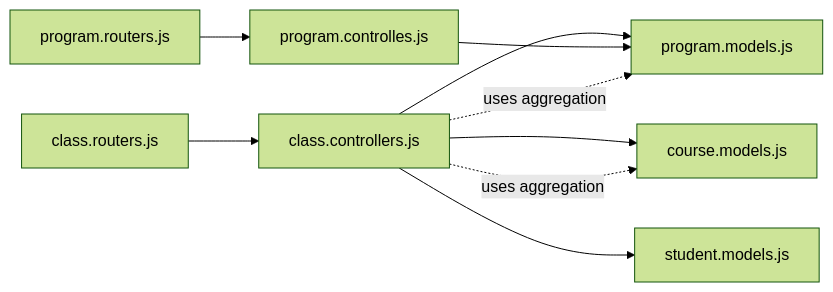
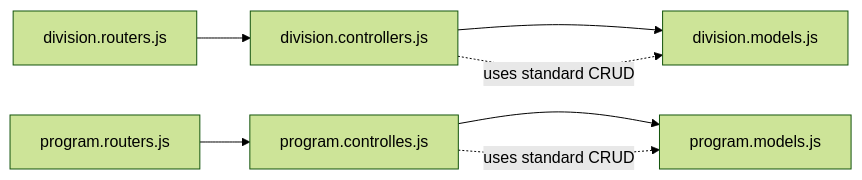
One commit to Aryan9060/Timetable-Project changed the seventh of 7 diagrams in .qoder/repowiki/en/content/API Reference/Master Data Endpoints/Class & Program Management Endpoints.md. Above: the diagram before and after it, drawn with Mermaid (forest theme). The commit also changed other lines of this file and 15 other files, not shown here.

````diff
--- a/.qoder/repowiki/en/content/API Reference/Master Data Endpoints/Class & Program Management Endpoints.md
+++ b/.qoder/repowiki/en/content/API Reference/Master Data Endpoints/Class & Program Management Endpoints.md
@@ -372,11 +415,9 @@
 ```mermaid
 graph LR
-RouteClass["class.routers.js"] --> CtrlClass["class.controllers.js"]
+RouteDivision["division.routers.js"] --> CtrlDivision["division.controllers.js"]
 RouteProg["program.routers.js"] --> CtrlProg["program.controlles.js"]
-CtrlClass --> ModelProg["program.models.js"]
-CtrlClass --> ModelCourse["course.models.js"]
-CtrlClass --> ModelStudent["student.models.js"]
-CtrlProg --> ModelProg
-CtrlClass -.uses aggregation.-> ModelProg
-CtrlClass -.uses aggregation.-> ModelCourse
+CtrlDivision --> ModelDivision["division.models.js"]
+CtrlProg --> ModelProg["program.models.js"]
+CtrlDivision -.uses standard CRUD.-> ModelDivision
+CtrlProg -.uses standard CRUD.-> ModelProg
 ```
````
